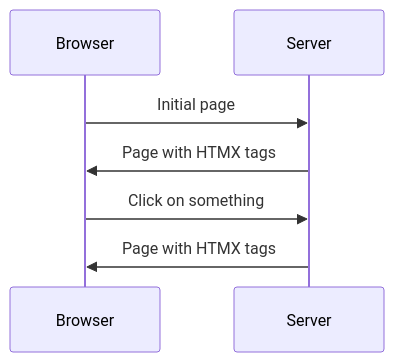
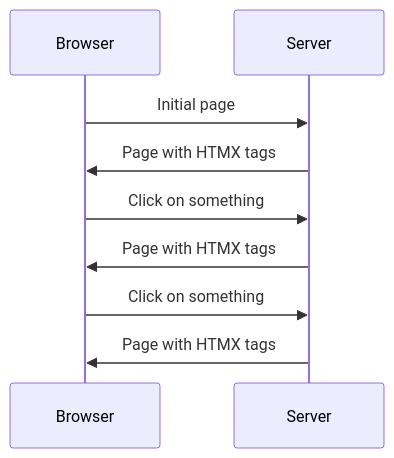
One commit to delaneyj/datastar changed the first of 5 diagrams in packages/presentations/pages/240817-vegas-slides.md. Above: the diagram before and after it, drawn with Mermaid. The commit also changed other lines of this file and 1 other file, not shown here.

````diff
--- a/packages/presentations/pages/240817-vegas-slides.md
+++ b/packages/presentations/pages/240817-vegas-slides.md
@@ -266,7 +303,9 @@
 ```mermaid
 sequenceDiagram
   Browser->>Server: Initial page
   Server->>Browser: Page with HTMX tags
   Browser->>Server: Click on something
   Server->>Browser: Page with HTMX tags
+  Browser->>Server: Click on something
+  Server->>Browser: Page with HTMX tags
 ```
````
